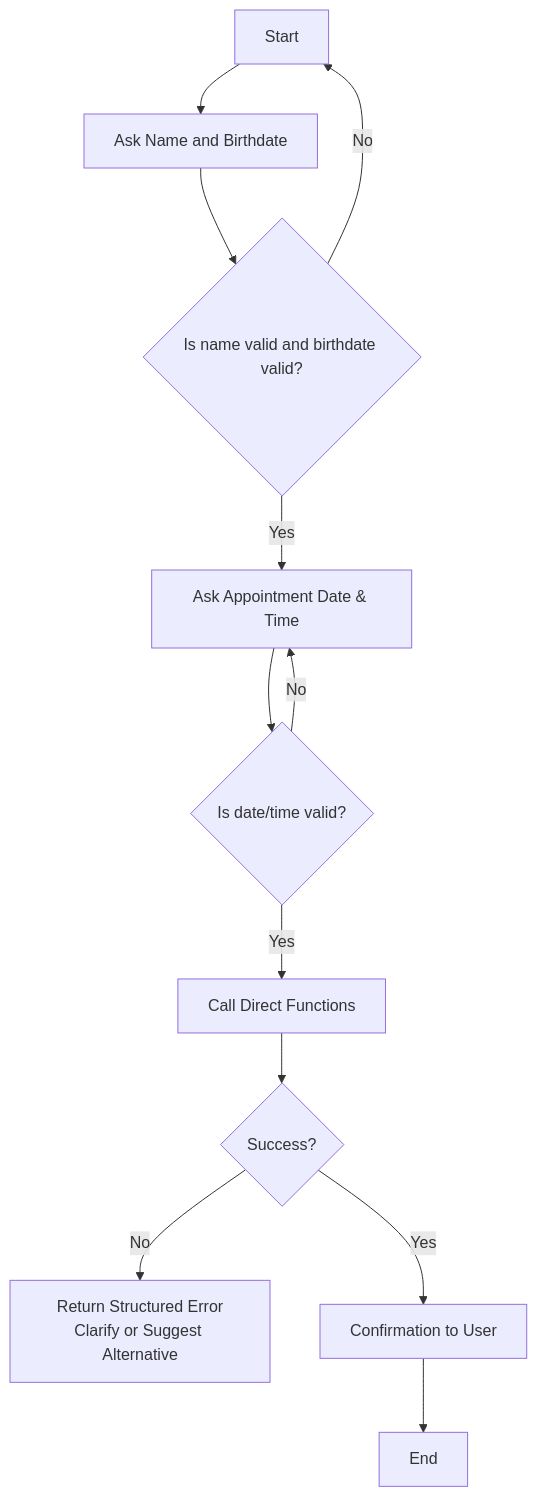
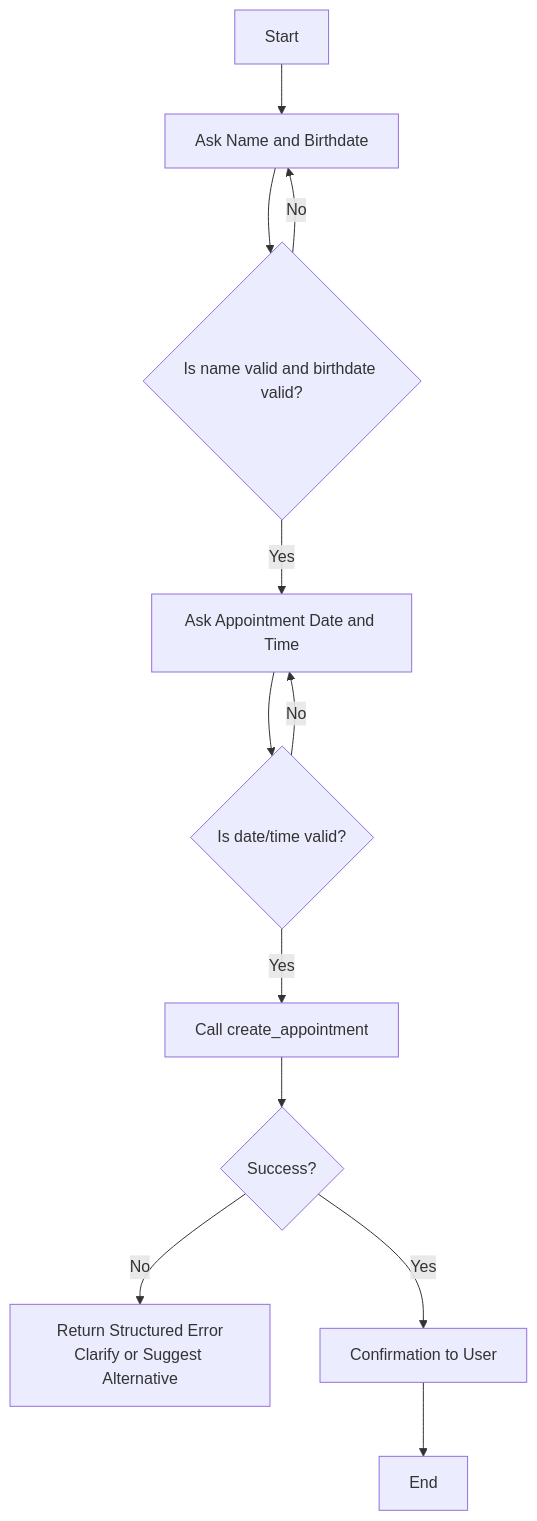
The diagram in docs/Solution.md (NoelDNathan/prosper-challenge), drawn with Mermaid before and after one commit. The commit also changed other lines of this file and 3 other files, not shown here.

Commit message:
Updated the flowchart in the documentation for better readability. Enhanced the Healthie integration by adding a session cleanup function and adjusting the login process.

````diff
--- a/docs/Solution.md
+++ b/docs/Solution.md
@@ -36,20 +36,20 @@
 ```mermaid
 flowchart TD
     A[Start] --> B[Ask Name and Birthdate]
 
     B --> C{Is name valid and birthdate valid?}
-    C -- No --> A
-    C -- Yes --> F[Ask Appointment Date & Time]
+    C -- No --> B
+    C -- Yes --> F[Ask Appointment Date and Time]
 
     
     
     F --> G{Is date/time valid?}
     G -- No --> F
-    G -- Yes --> H[Call Direct Functions]
+    G -- Yes --> H[Call create_appointment]
 
     H --> I{Success?}
     I -- No --> J[Return Structured Error<br/>Clarify or Suggest Alternative]
     I -- Yes --> K[Confirmation to User]
 
     K --> L[End]
 ```
````
